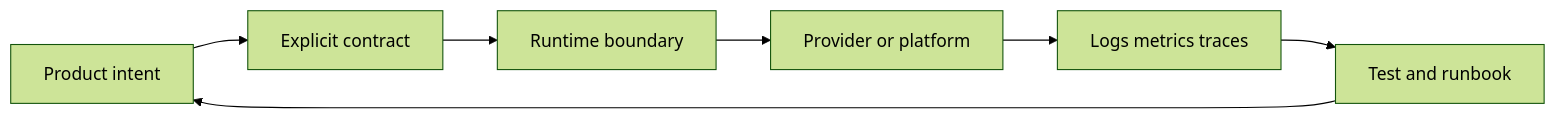
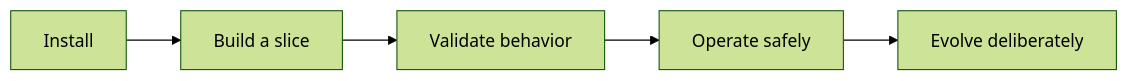
Before and after one commit to jeffersoncampos12p-dev/jeston: the diagram in path/to/docs/index.mdx, drawn with Mermaid (forest theme). The commit also changed other lines of this file and 31 other files, not shown here.

````diff
--- a/path/to/docs/index.mdx
+++ b/path/to/docs/index.mdx
@@ -83,9 +88,7 @@
 ```mermaid placement="top-right"
 flowchart LR
-    intent[Product intent] --> contract[Explicit contract]
-    contract --> boundary[Runtime boundary]
-    boundary --> dependency[Provider or platform]
-    dependency --> signal[Logs metrics traces]
-    signal --> proof[Test and runbook]
-    proof --> intent
+    install[Install] --> build[Build a slice]
+    build --> validate[Validate behavior]
+    validate --> operate[Operate safely]
+    operate --> evolve[Evolve deliberately]
 ```
````
